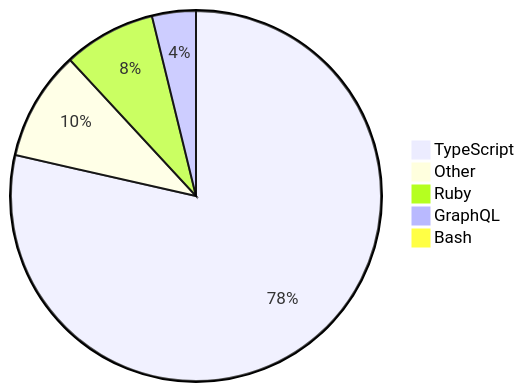
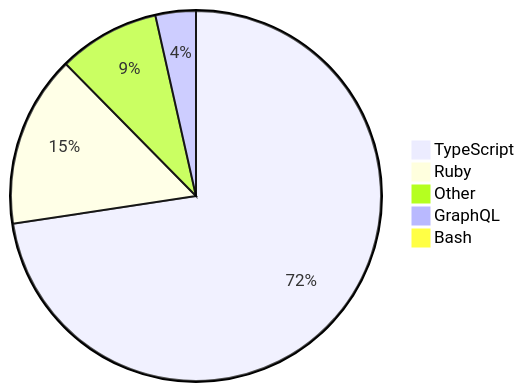
The diagram in README.md (skvggor/skvggor), drawn with Mermaid before and after one commit.

Commit message:
Updated waka-readme graph with new metrics

````diff
--- a/README.md
+++ b/README.md
@@ -16,8 +16,8 @@
 ```mermaid
 pie
-    "TypeScript" : 78.0
-    "Other" : 9.5
-    "Ruby" : 8.0
-    "GraphQL" : 3.8
-    "Bash" : 0.7
+    "TypeScript" : 72.1
+    "Ruby" : 14.9
+    "Other" : 8.8
+    "GraphQL" : 3.5
+    "Bash" : 0.6
 ```
````
